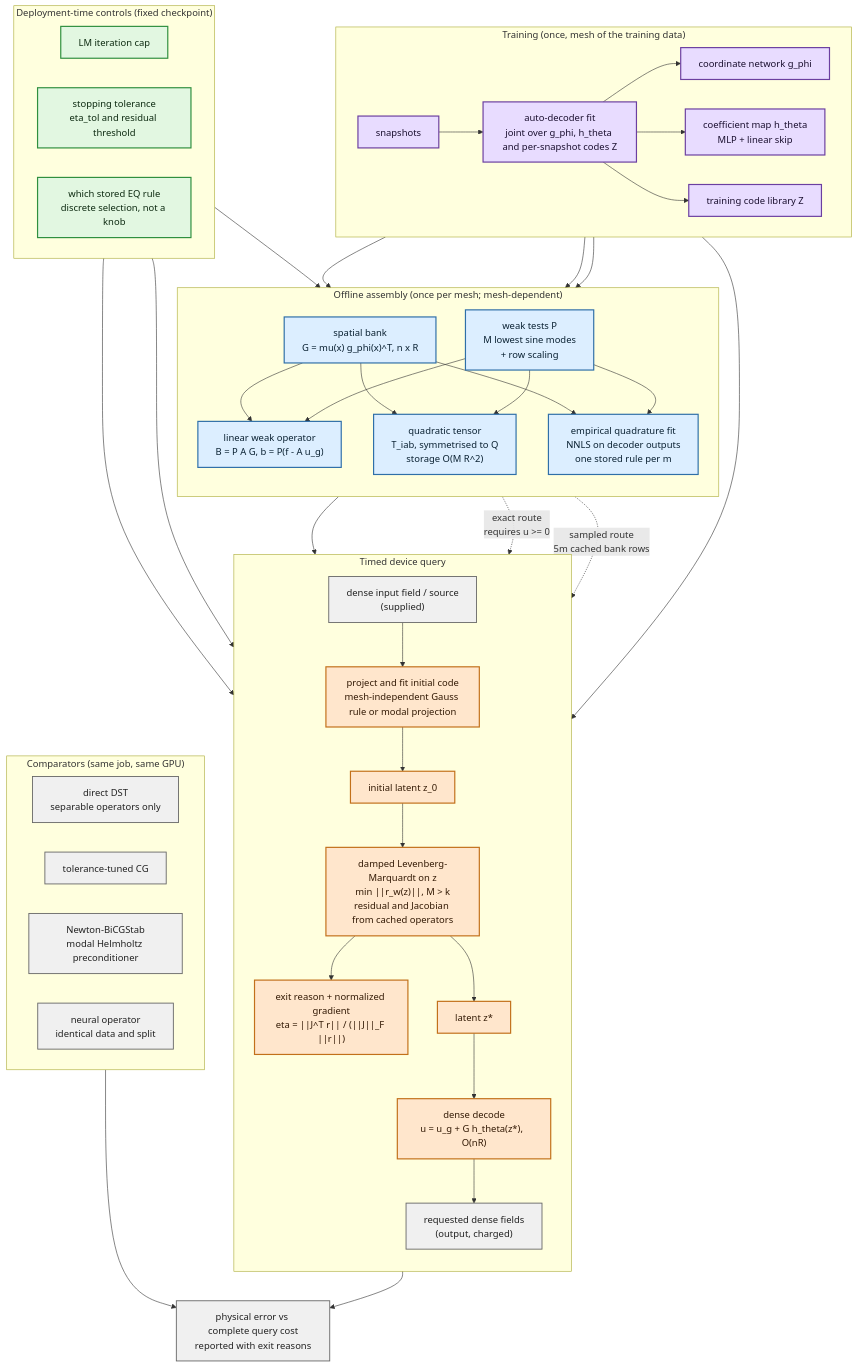
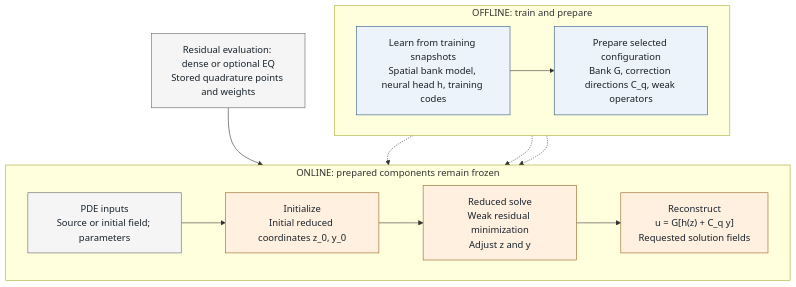
The diagram in paper/figures/architecture.mmd (tahmidawal/Tunable-NM-ROM), drawn with Mermaid before and after one commit. The commit also changed 9 other files, not shown here.

Commit message:
Simplify method diagram and align online flow with solver scope

```diff
--- a/paper/figures/architecture.mmd
+++ b/paper/figures/architecture.mmd
@@ -1,74 +1,31 @@
-%% Architecture and data flow of the NM-ROM with precomputed weak operators.
-%% Colour encodes WHEN a quantity is fixed:
-%%   trained  - learned once, frozen for every result in the paper
-%%   offline  - assembled once per mesh, before any query (mesh-dependent)
-%%   solved   - computed inside the timed query
-%%   control  - a deployment-time choice among already-existing artefacts
-%%   external - supplied by the caller, or a comparator
+%% Conceptual source. architecture.tex is the matching print layout.
 flowchart TB
-
-  subgraph TRAIN["Training (once, mesh of the training data)"]
+  subgraph OFF["OFFLINE: train and prepare"]
     direction LR
-    SNAP["snapshots"] --> AD["auto-decoder fit<br/>joint over g_phi, h_theta and per-snapshot codes Z"]
-    AD --> GPHI["coordinate network g_phi"]
-    AD --> HTH["coefficient map h_theta<br/>MLP + linear skip"]
-    AD --> ZLIB["training code library Z"]
+    TRAIN["Learn from training snapshots<br/>Spatial bank model, neural head h, training codes"]
+    PREP["Prepare selected configuration<br/>Bank G, correction directions C_q, weak operators"]
+    TRAIN --> PREP
   end
-
-  subgraph OFF["Offline assembly (once per mesh; mesh-dependent)"]
-    direction TB
-    GPHI --> BANK["spatial bank<br/>G = mu(x) g_phi(x)^T,  n x R"]
-    BANK --> BLIN["linear weak operator<br/>B = P A G,  b = P(f - A u_g)"]
-    BANK --> TQ["quadratic tensor<br/>T_iab, symmetrised to Q<br/>storage O(M R^2)"]
-    BANK --> EQF["empirical quadrature fit<br/>NNLS on decoder outputs<br/>one stored rule per m"]
-    TESTS["weak tests P<br/>M lowest sine modes<br/>+ row scaling"] --> BLIN
-    TESTS --> TQ
-    TESTS --> EQF
-    HTH --> EQF
-    ZLIB --> EQF
+  subgraph ON["ONLINE: prepared components remain frozen"]
+    direction LR
+    INPUT["PDE inputs<br/>Source or initial field; parameters"]
+    INIT["Initialize<br/>Initial reduced coordinates z_0, y_0"]
+    SOLVE["Reduced solve<br/>Weak residual minimization<br/>Adjust z and y"]
+    OUTPUT["Reconstruct<br/>u = G[h(z) + C_q y]<br/>Requested solution fields"]
+    INPUT --> INIT --> SOLVE --> OUTPUT
   end
-
-  subgraph QUERY["Timed device query"]
-    direction TB
-    IN["dense input field / source<br/>(supplied)"] --> PROJ["project and fit initial code<br/>mesh-independent Gauss rule or modal projection"]
-    PROJ --> Z0["initial latent z_0"]
-    Z0 --> LM["damped Levenberg-Marquardt on z<br/>min ||r_w(z)||, M > k<br/>residual and Jacobian from cached operators"]
-    BLIN --> LM
-    TQ -.->|"exact route<br/>requires u >= 0"| LM
-    EQF -.->|"sampled route<br/>5m cached bank rows"| LM
-    HTH --> LM
-    LM --> EXIT["exit reason + normalized gradient<br/>eta = ||J^T r|| / (||J||_F ||r||)"]
-    LM --> ZSTAR["latent z*"]
-    ZSTAR --> DEC["dense decode<br/>u = u_g + G h_theta(z*),  O(nR)"]
-    DEC --> OUT["requested dense fields<br/>(output, charged)"]
-  end
-
-  subgraph CTRL["Deployment-time controls (fixed checkpoint)"]
-    direction LR
-    CAP["LM iteration cap"] --> LM
-    TOL["stopping tolerance<br/>eta_tol and residual threshold"] --> LM
-    RULE["which stored EQ rule<br/>discrete selection, not a knob"] --> EQF
-  end
-
-  subgraph CMP["Comparators (same job, same GPU)"]
-    direction LR
-    DST["direct DST<br/>separable operators only"]
-    CG["tolerance-tuned CG"]
-    NEWT["Newton-BiCGStab<br/>modal Helmholtz preconditioner"]
-    NO["neural operator<br/>identical data and split"]
-  end
-
-  OUT --> METRIC["physical error vs complete query cost<br/>reported with exit reasons"]
-  CMP --> METRIC
-
-  classDef trained  fill:#e8dcff,stroke:#6b3fa0,stroke-width:2px,color:#1b1030;
-  classDef offline  fill:#dceeff,stroke:#2f6fa8,stroke-width:2px,color:#0b2233;
-  classDef solved   fill:#ffe6cc,stroke:#c2701a,stroke-width:2px,color:#331a05;
-  classDef control  fill:#e2f7e1,stroke:#2f8f3f,stroke-width:2px,color:#0d2a11;
-  classDef external fill:#f0f0f0,stroke:#666666,stroke-width:1.5px,color:#222222;
-
-  class SNAP,AD,GPHI,HTH,ZLIB trained;
-  class BANK,BLIN,TQ,EQF,TESTS offline;
-  class PROJ,Z0,LM,ZSTAR,DEC,EXIT solved;
-  class CAP,TOL,RULE control;
-  class IN,OUT,DST,CG,NEWT,NO,METRIC external;
+  PREP -.-> INIT
+  PREP -.-> SOLVE
+  PREP -.-> OUTPUT
+  EQ["Residual evaluation: dense or optional EQ<br/>Stored quadrature points and weights"] --> SOLVE
+  classDef frozen fill:#edf3fa,stroke:#315b85,color:#17212b;
+  classDef online fill:#fff0df,stroke:#966323,color:#17212b;
+  classDef neutral fill:#f5f5f5,stroke:#666,color:#17212b;
+  class TRAIN,PREP frozen;
+  class INIT,SOLVE,OUTPUT online;
+  class INPUT,EQ neutral;
+%% z: nonlinear coordinates; y: correction coefficients; q: correction count.
+%% Linear-PDE correction coefficients may be eliminated analytically.
+%% Time-dependent problems repeat the reduced step; reconstruction is at requested times.
+%% EQ is used in Burgers2D panels; current 3D and wave panels do not use EQ.
+%% Baselines are independent comparison methods, never downstream pipeline stages.
```
